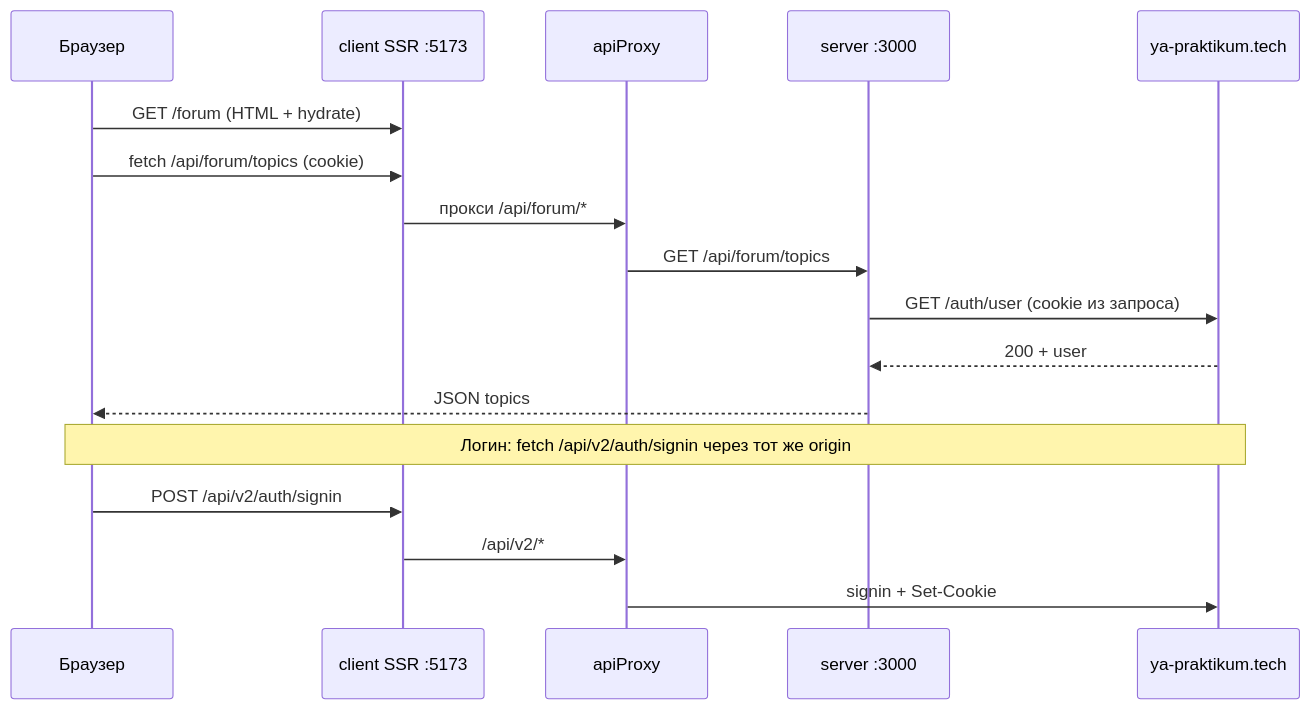
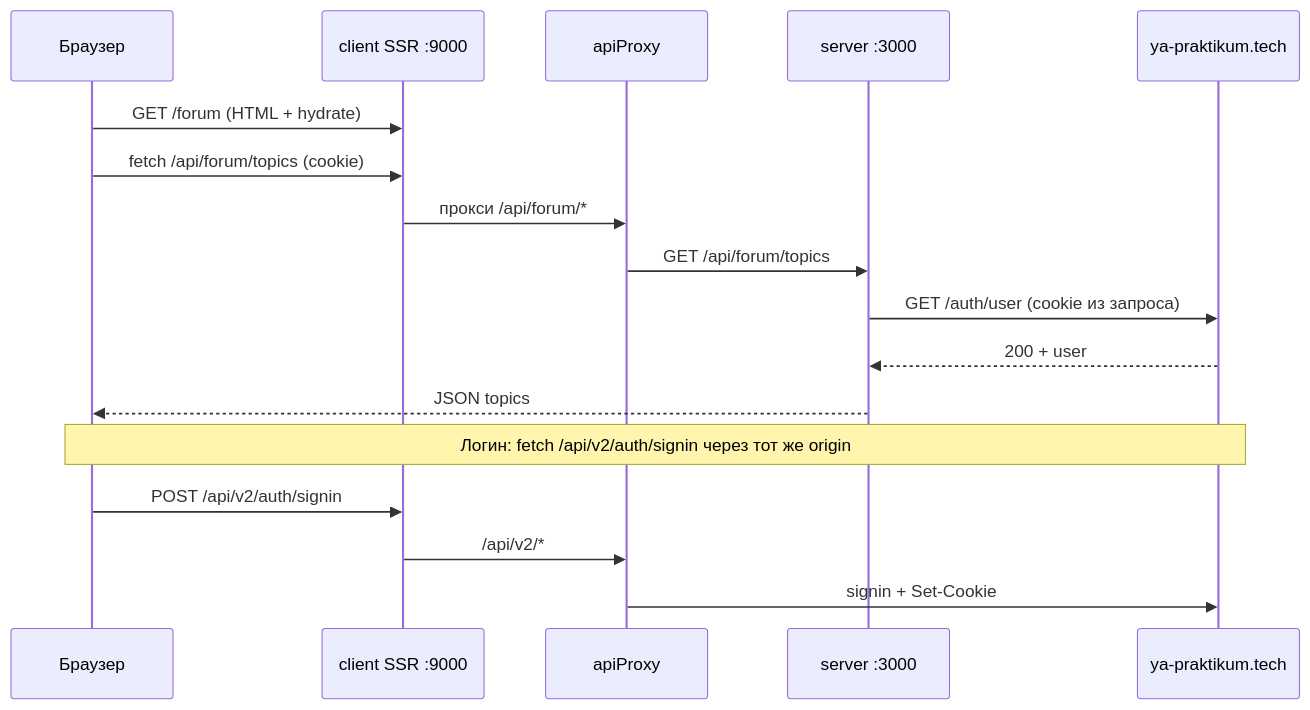
One commit to kirillchistov/42-gamedev-teamwork changed the second of 3 diagrams in docs/forum-api-client.md. Above: the diagram before and after it, drawn with Mermaid. The commit also changed other lines of this file and 31 other files, not shown here.

Commit message:
fix/docs: update docs and diagrams

````diff
--- a/docs/forum-api-client.md
+++ b/docs/forum-api-client.md
@@ -86,21 +86,21 @@
 ```mermaid
 sequenceDiagram
   participant B as Браузер
-  participant C as client SSR :5173
+  participant C as client SSR :9000
   participant P as apiProxy
   participant S as server :3000
   participant Y as ya-praktikum.tech
 
   B->>C: GET /forum (HTML + hydrate)
   B->>C: fetch /api/forum/topics (cookie)
   C->>P: прокси /api/forum/*
   P->>S: GET /api/forum/topics
   S->>Y: GET /auth/user (cookie из запроса)
   Y-->>S: 200 + user
   S-->>B: JSON topics
 
   Note over B,Y: Логин: fetch /api/v2/auth/signin через тот же origin
   B->>C: POST /api/v2/auth/signin
   C->>P: /api/v2/*
   P->>Y: signin + Set-Cookie
 ```
````
